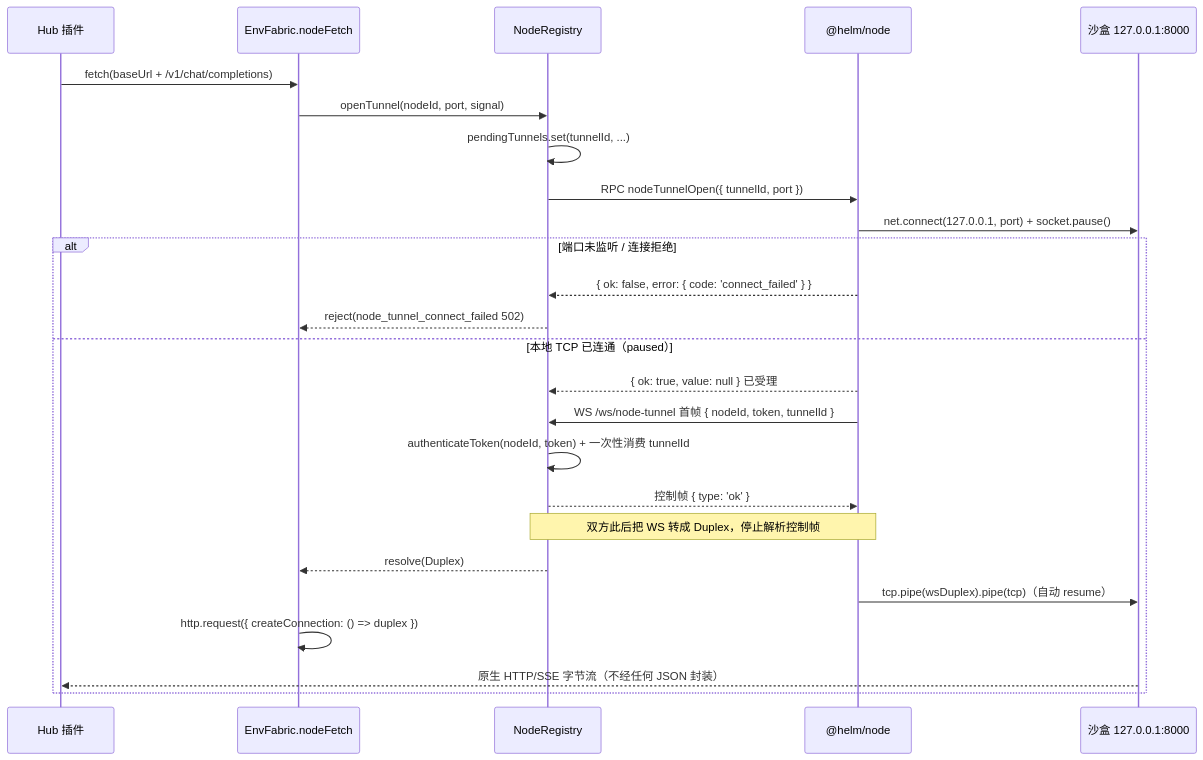
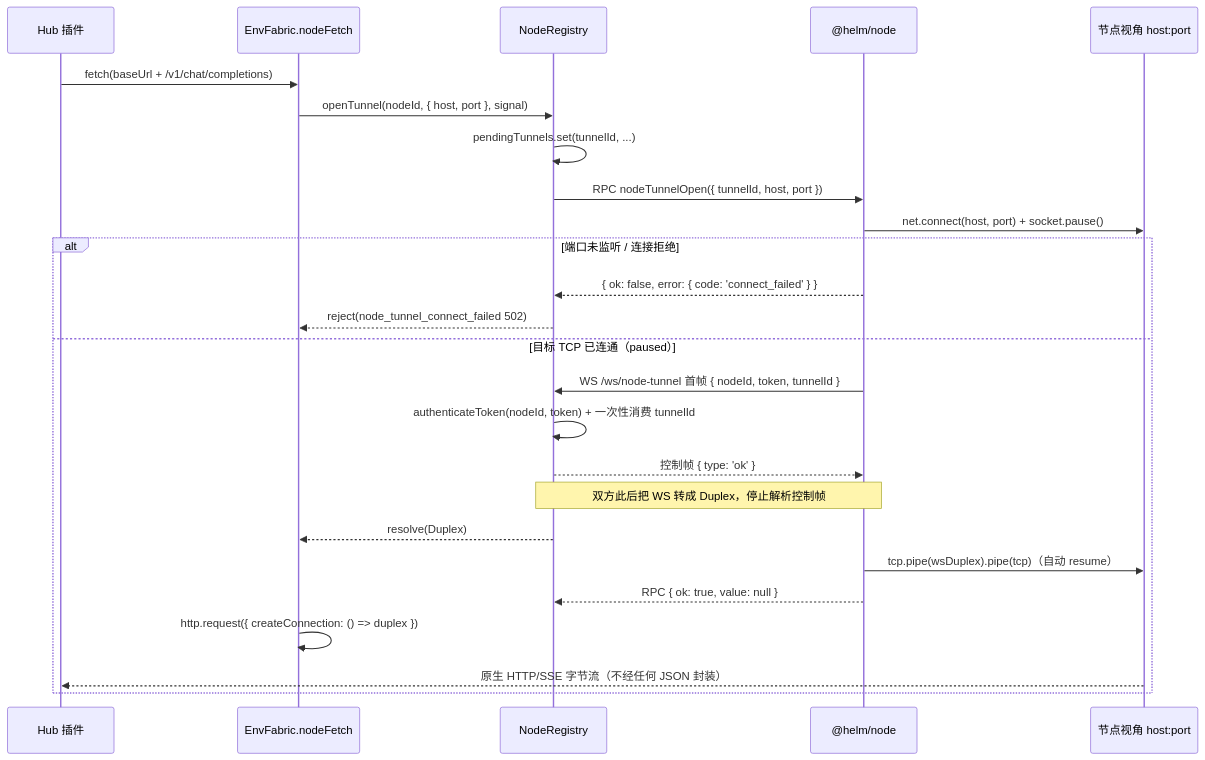
The third of 4 diagrams in docs/architecture/envfabric.md (team4u/helm), drawn with Mermaid before and after one commit. The commit also changed other lines of this file and 5 other files, not shown here.

````diff
--- a/docs/architecture/envfabric.md
+++ b/docs/architecture/envfabric.md
@@ -155,28 +155,28 @@
 ```mermaid
 sequenceDiagram
     participant Caller as Hub 插件
     participant Bridge as EnvFabric.nodeFetch
     participant Registry as NodeRegistry
     participant Daemon as @helm/node
-    participant Target as 沙盒 127.0.0.1:8000
+    participant Target as 节点视角 host:port
 
     Caller->>Bridge: fetch(baseUrl + /v1/chat/completions)
-    Bridge->>Registry: openTunnel(nodeId, port, signal)
+    Bridge->>Registry: openTunnel(nodeId, { host, port }, signal)
     Registry->>Registry: pendingTunnels.set(tunnelId, ...)
-    Registry->>Daemon: RPC nodeTunnelOpen({ tunnelId, port })
-    Daemon->>Target: net.connect(127.0.0.1, port) + socket.pause()
+    Registry->>Daemon: RPC nodeTunnelOpen({ tunnelId, host, port })
+    Daemon->>Target: net.connect(host, port) + socket.pause()
     alt 端口未监听 / 连接拒绝
         Daemon-->>Registry: { ok: false, error: { code: 'connect_failed' } }
         Registry-->>Bridge: reject(node_tunnel_connect_failed 502)
-    else 本地 TCP 已连通（paused）
-        Daemon-->>Registry: { ok: true, value: null } 已受理
+    else 目标 TCP 已连通（paused）
         Daemon->>Registry: WS /ws/node-tunnel 首帧 { nodeId, token, tunnelId }
         Registry->>Registry: authenticateToken(nodeId, token) + 一次性消费 tunnelId
         Registry-->>Daemon: 控制帧 { type: 'ok' }
         Note over Registry,Daemon: 双方此后把 WS 转成 Duplex，停止解析控制帧
         Registry-->>Bridge: resolve(Duplex)
         Daemon->>Target: tcp.pipe(wsDuplex).pipe(tcp)（自动 resume）
+        Daemon-->>Registry: RPC { ok: true, value: null }
         Bridge->>Bridge: http.request({ createConnection: () => duplex })
         Target-->>Caller: 原生 HTTP/SSE 字节流（不经任何 JSON 封装）
     end
 ```
````
